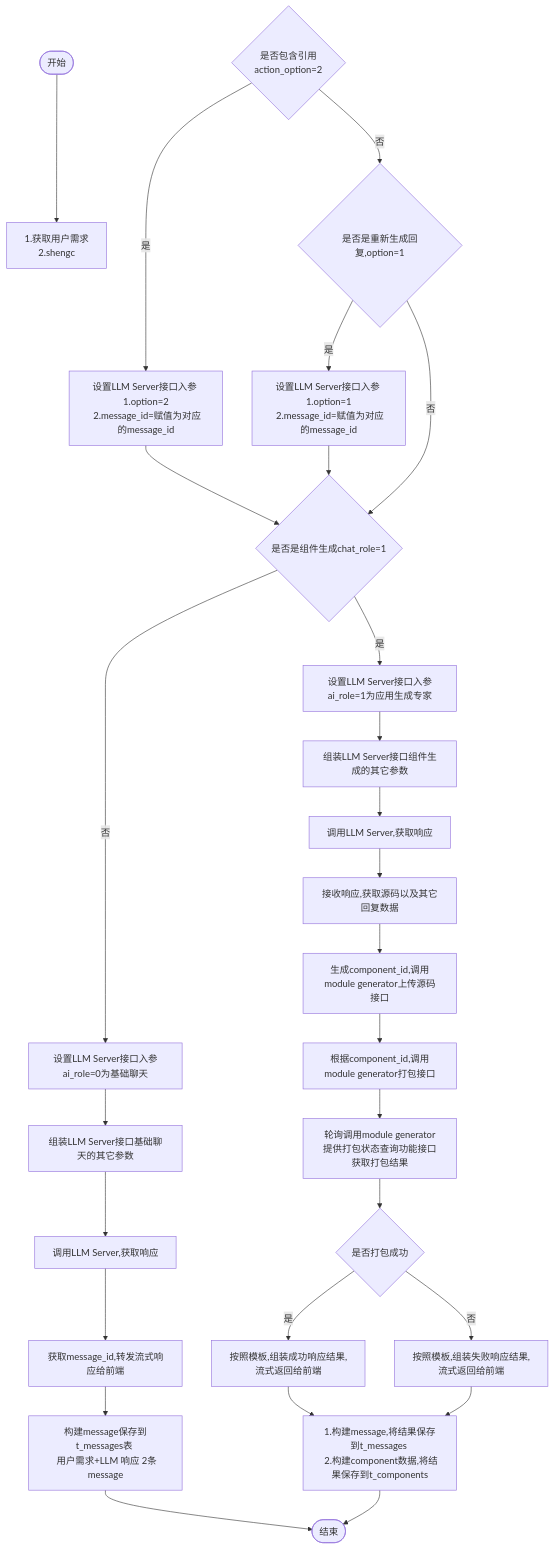
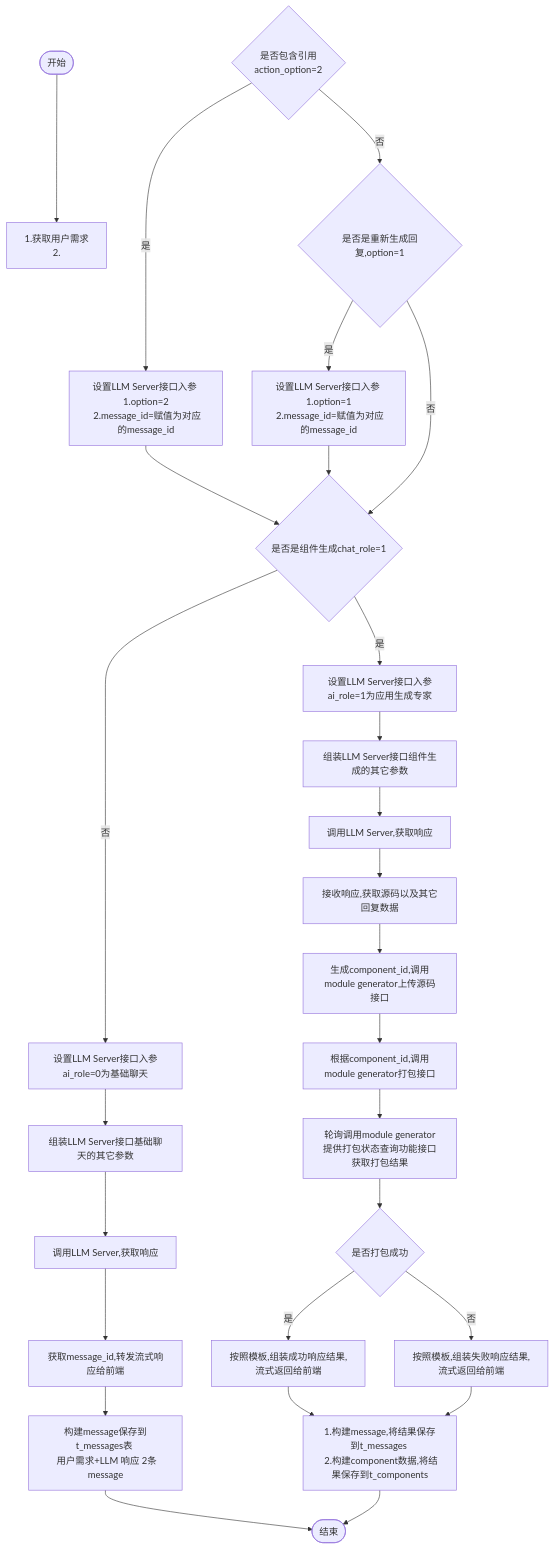
The diagram in all/w3-会话-不需要传递message.md (yingjianzh/iodraw-files), drawn with Mermaid before and after one commit.

Commit message:
2024-10-15 14:17:46 update

````diff
--- a/all/w3-会话-不需要传递message.md
+++ b/all/w3-会话-不需要传递message.md
@@ -1,34 +1,34 @@
 ```mermaid
 flowchart TD
-    A([开始]) --> B[1.获取用户需求 \n 2.shengc ]
+    A([开始]) --> B[1.获取用户需求 \n 2.]
     D{是否包含引用 \n action_option=2}
     D -- 是 --> E[设置LLM Server接口入参 \n 1.option=2 \n 2.message_id=赋值为对应的message_id]
     D -- 否 --> F{是否是重新生成回复,option=1}
     F -- 是 --> G[设置LLM Server接口入参 \n 1.option=1 \n 2.message_id=赋值为对应的message_id]
     F -- 否 --> I
      
     E & G --> I{是否是组件生成chat_role=1}
     I -- 否 --> K[设置LLM Server接口入参ai_role=0为基础聊天]
     I -- 是 --> J[设置LLM Server接口入参ai_role=1为应用生成专家]
     
 
     J --> L[组装LLM Server接口组件生成的其它参数]    
     K --> M[组装LLM Server接口基础聊天的其它参数]    
     M --> N[调用LLM Server,获取响应]    
     N --> O[获取message_id,转发流式响应给前端]
     O --> P[构建message保存到t_messages表 \n 用户需求+LLM 响应 2条message]
     P --> R([结束])
 
 
     L --> S[调用LLM Server,获取响应]
     S --> T[接收响应,获取源码以及其它回复数据]
     T --> U[生成component_id,调用module generator上传源码接口]
     U --> V[根据component_id,调用module generator打包接口]
     V --> W[轮询调用module generator提供打包状态查询功能接口获取打包结果]
     W --> X{是否打包成功}
     X -- 是 --> Y[按照模板,组装成功响应结果,流式返回给前端]
     X -- 否 --> Z[按照模板,组装失败响应结果,流式返回给前端]
 
     Y & Z --> Result[1.构建message,将结果保存到t_messages \n 2.构建component数据,将结果保存到t_components]
     Result --> R
 ```
````
